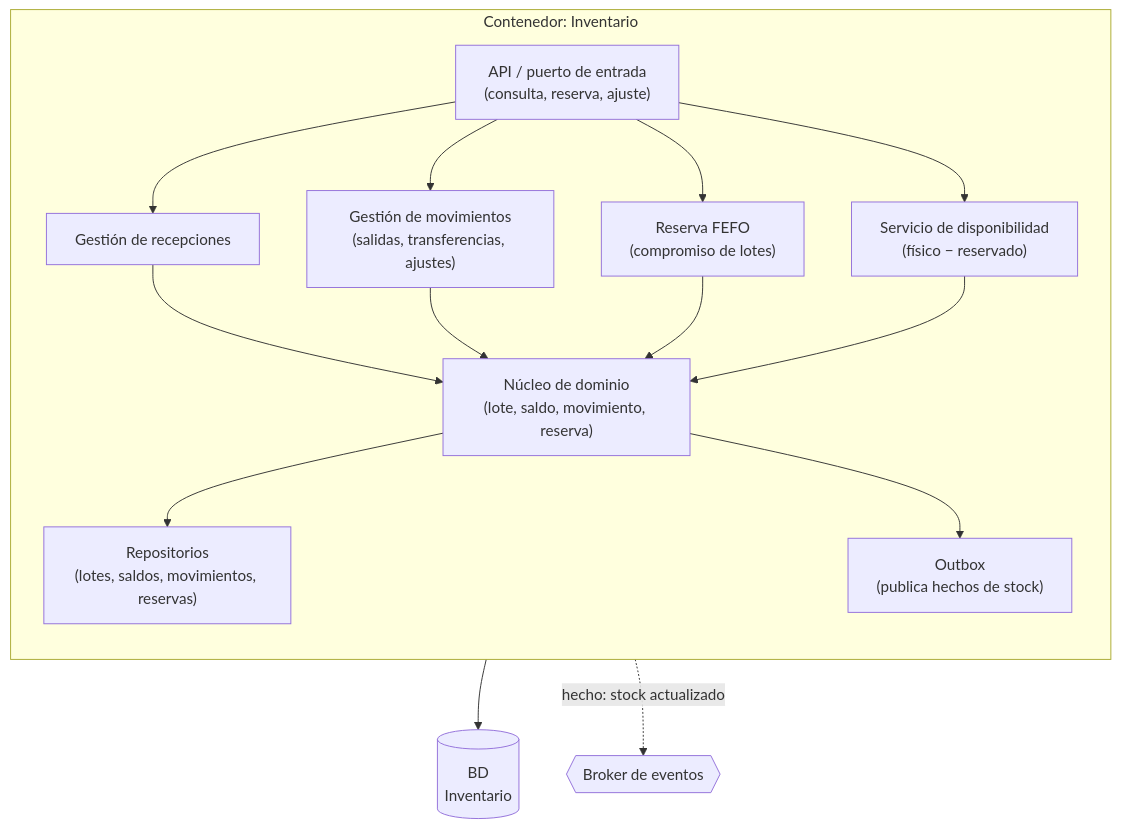
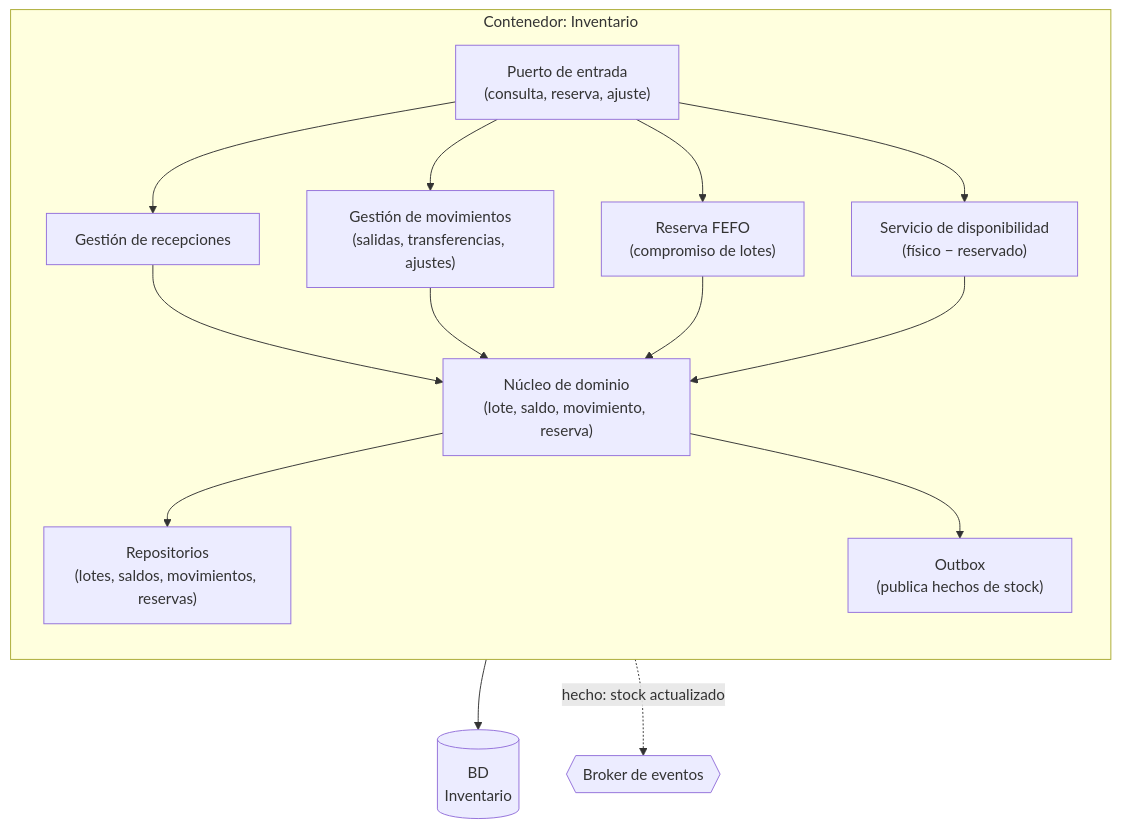
The third of 4 diagrams in docs/sprint-2/05-C4-ARQUITECTURA.md (asmunozv/Deber2), drawn with Mermaid before and after one commit. The commit also changed other lines of this file, not shown here.

Commit message:
Alinea arquitectura C4 con alcance de Diseño de Sistemas

````diff
--- a/docs/sprint-2/05-C4-ARQUITECTURA.md
+++ b/docs/sprint-2/05-C4-ARQUITECTURA.md
@@ -127,27 +127,27 @@
 ```mermaid
 flowchart TB
     subgraph INV["Contenedor: Inventario"]
         direction TB
-        API["API / puerto de entrada<br/>(consulta, reserva, ajuste)"]
+        API["Puerto de entrada<br/>(consulta, reserva, ajuste)"]
         REC["Gestión de recepciones"]
         MOV["Gestión de movimientos<br/>(salidas, transferencias, ajustes)"]
         RES["Reserva FEFO<br/>(compromiso de lotes)"]
         DISP["Servicio de disponibilidad<br/>(físico − reservado)"]
         DOM["Núcleo de dominio<br/>(lote, saldo, movimiento, reserva)"]
         OUT["Outbox<br/>(publica hechos de stock)"]
         REPO["Repositorios<br/>(lotes, saldos, movimientos, reservas)"]
     end
     DB[("BD<br/>Inventario")]
     API --> REC
     API --> MOV
     API --> RES
     API --> DISP
     REC --> DOM
     MOV --> DOM
     RES --> DOM
     DISP --> DOM
     DOM --> REPO
     REPO --> DB
     DOM --> OUT
     OUT -. "hecho: stock actualizado" .-> BROKER{{"Broker de eventos"}}
 ```
````
